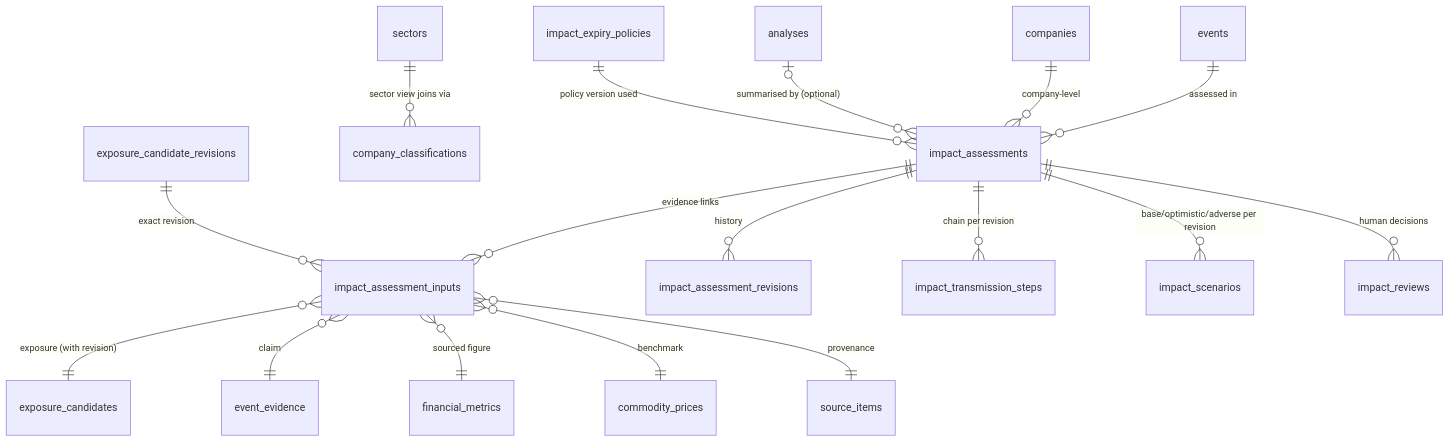
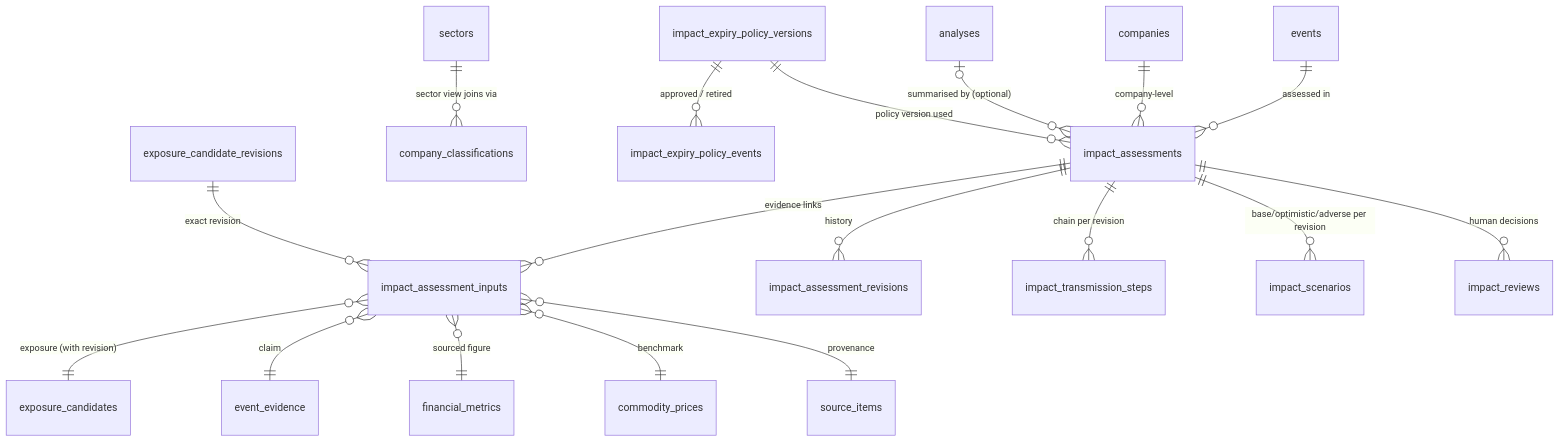
One commit to imranrazabozdar/PSX-NEWS-INTELLIGENCE changed the first of 2 diagrams in docs/MIGRATION_0009_DESIGN.md. Above: the diagram before and after it, drawn with Mermaid. The commit also changed other lines of this file, not shown here.

First line of the commit message:
Docs: migration 0009 design revision 3 (sector coverage safeguards and eligibility, immutable expiry-policy versions and lifecycle events)

````diff
--- a/docs/MIGRATION_0009_DESIGN.md
+++ b/docs/MIGRATION_0009_DESIGN.md
@@ -36,19 +36,20 @@
 ```mermaid
 erDiagram
     events ||--o{ impact_assessments : "assessed in"
     companies ||--o{ impact_assessments : "company-level"
     sectors ||--o{ company_classifications : "sector view joins via"
     analyses |o--o{ impact_assessments : "summarised by (optional)"
     impact_assessments ||--o{ impact_assessment_inputs : "evidence links"
     impact_assessments ||--o{ impact_assessment_revisions : "history"
     impact_assessments ||--o{ impact_transmission_steps : "chain per revision"
     impact_assessments ||--o{ impact_scenarios : "base/optimistic/adverse per revision"
     impact_assessments ||--o{ impact_reviews : "human decisions"
     impact_assessment_inputs }o--|| exposure_candidates : "exposure (with revision)"
     impact_assessment_inputs }o--|| event_evidence : "claim"
     impact_assessment_inputs }o--|| financial_metrics : "sourced figure"
     impact_assessment_inputs }o--|| commodity_prices : "benchmark"
-    impact_expiry_policies ||--o{ impact_assessments : "policy version used"
+    impact_expiry_policy_versions ||--o{ impact_expiry_policy_events : "approved / retired"
+    impact_expiry_policy_versions ||--o{ impact_assessments : "policy version used"
     exposure_candidate_revisions ||--o{ impact_assessment_inputs : "exact revision"
     impact_assessment_inputs }o--|| source_items : "provenance"
 ```
````
